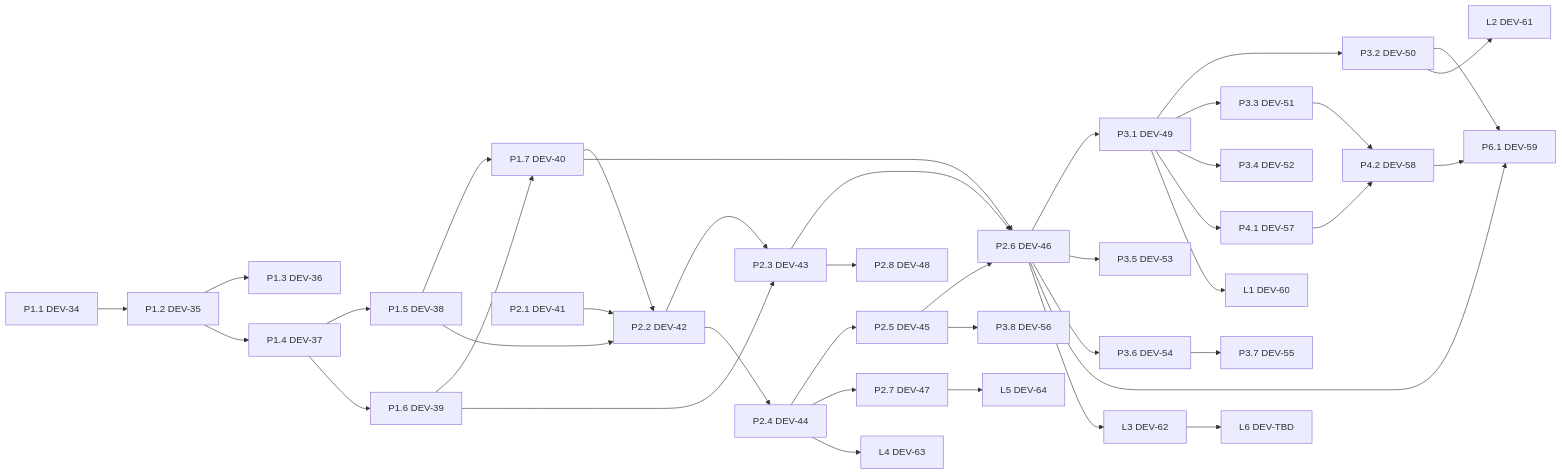
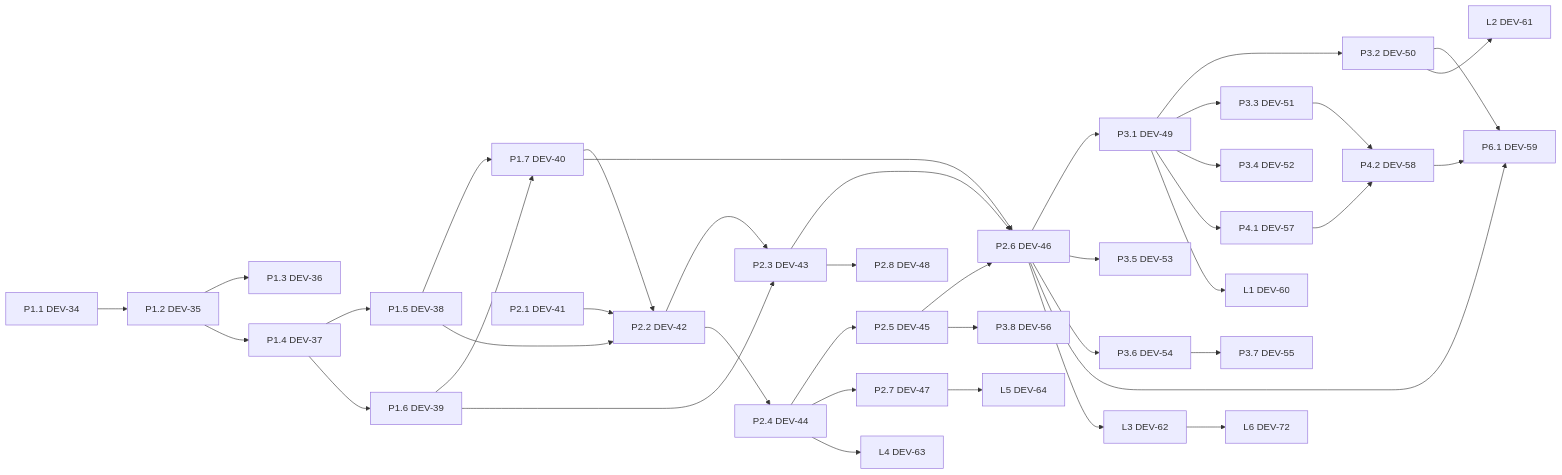
One commit to markfrommn/marksharc changed the diagram in specs/MARKSHARC-PLAN.md. Above: the diagram before and after it, drawn with Mermaid. The commit also changed other lines of this file and 1 other file, not shown here.

First line of the commit message:
docs(plan): link L6 to DEV-72; sync .gitignore cwf block (#16)

````diff
--- a/specs/MARKSHARC-PLAN.md
+++ b/specs/MARKSHARC-PLAN.md
@@ -43,74 +43,74 @@
 ```mermaid
 flowchart LR
   P1_1["P1.1 DEV-34"]
   P1_2["P1.2 DEV-35"]
   P1_3["P1.3 DEV-36"]
   P1_4["P1.4 DEV-37"]
   P1_5["P1.5 DEV-38"]
   P1_6["P1.6 DEV-39"]
   P1_7["P1.7 DEV-40"]
   P2_1["P2.1 DEV-41"]
   P2_2["P2.2 DEV-42"]
   P2_3["P2.3 DEV-43"]
   P2_4["P2.4 DEV-44"]
   P2_5["P2.5 DEV-45"]
   P2_6["P2.6 DEV-46"]
   P2_7["P2.7 DEV-47"]
   P2_8["P2.8 DEV-48"]
   P3_1["P3.1 DEV-49"]
   P3_2["P3.2 DEV-50"]
   P3_3["P3.3 DEV-51"]
   P3_4["P3.4 DEV-52"]
   P3_5["P3.5 DEV-53"]
   P3_6["P3.6 DEV-54"]
   P3_7["P3.7 DEV-55"]
   P3_8["P3.8 DEV-56"]
   P4_1["P4.1 DEV-57"]
   P4_2["P4.2 DEV-58"]
   P6_1["P6.1 DEV-59"]
   L1["L1 DEV-60"]
   L2["L2 DEV-61"]
   L3["L3 DEV-62"]
   L4["L4 DEV-63"]
   L5["L5 DEV-64"]
-  L6["L6 DEV-TBD"]
+  L6["L6 DEV-72"]
   P1_1 --> P1_2
   P1_2 --> P1_3
   P1_2 --> P1_4
   P1_4 --> P1_5
   P1_4 --> P1_6
   P1_5 --> P1_7
   P1_6 --> P1_7
   P1_5 --> P2_2
   P1_7 --> P2_2
   P2_1 --> P2_2
   P1_6 --> P2_3
   P2_2 --> P2_3
   P2_2 --> P2_4
   P2_4 --> P2_5
   P1_7 --> P2_6
   P2_3 --> P2_6
   P2_5 --> P2_6
   P2_4 --> P2_7
   P2_3 --> P2_8
   P2_6 --> P3_1
   P3_1 --> P3_2
   P3_1 --> P3_3
   P3_1 --> P3_4
   P2_6 --> P3_5
   P2_6 --> P3_6
   P3_6 --> P3_7
   P2_5 --> P3_8
   P3_1 --> P4_1
   P4_1 --> P4_2
   P3_3 --> P4_2
   P2_6 --> P6_1
   P3_2 --> P6_1
   P4_2 --> P6_1
   P3_1 --> L1
   P3_2 --> L2
   P2_6 --> L3
   P2_4 --> L4
   P2_7 --> L5
   L3 --> L6
 ```
````
